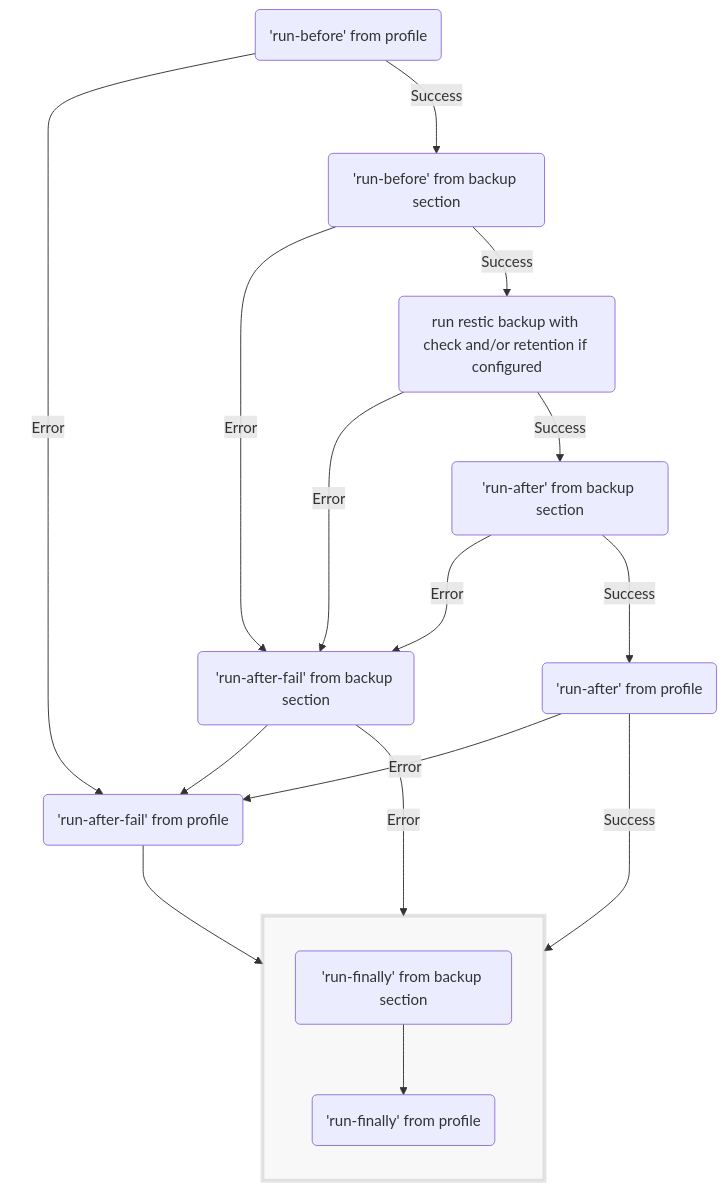
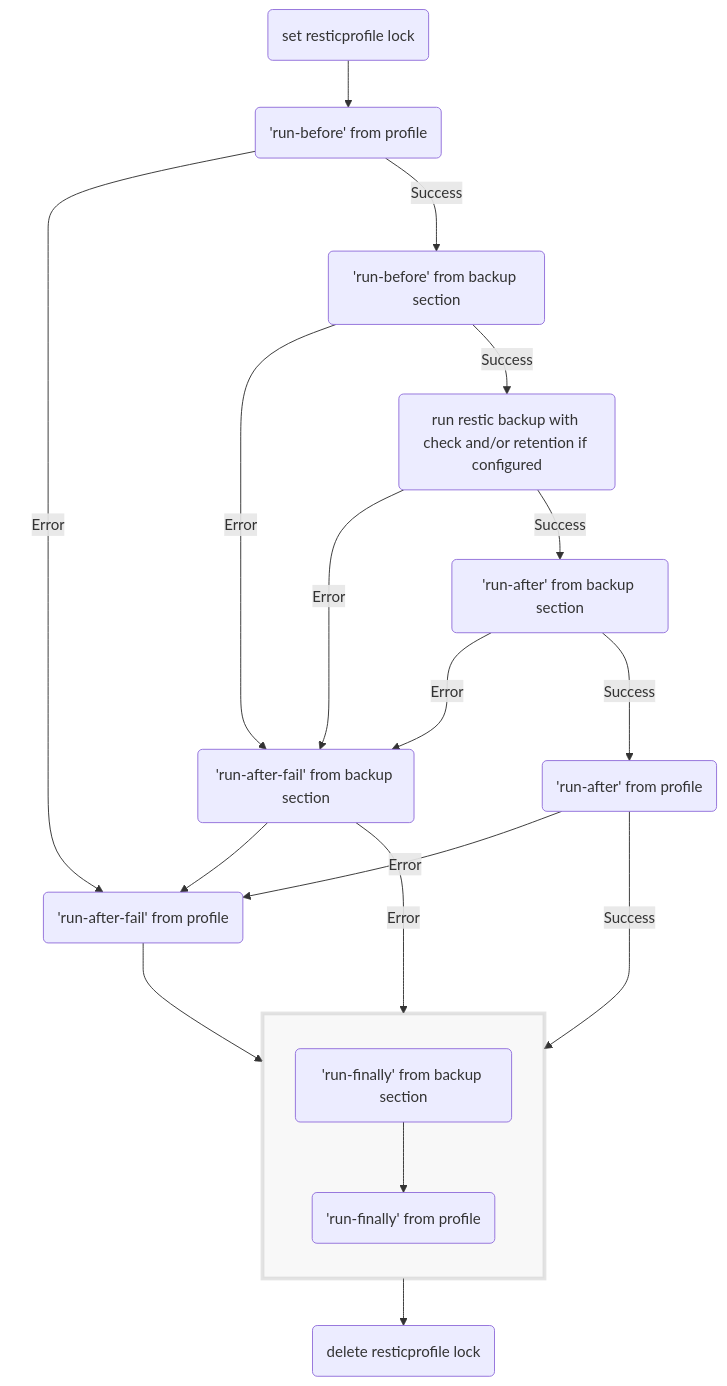
Before and after one commit to creativeprojects/resticprofile: the diagram in docs/content/configuration/run_hooks/index.md, drawn with Mermaid. The commit also changed other lines of this file and 39 other files, not shown here.

````diff
--- a/docs/content/configuration/run_hooks/index.md
+++ b/docs/content/configuration/run_hooks/index.md
@@ -153,46 +153,50 @@
 ```mermaid
 flowchart TB
+    LOCK(set resticprofile lock)
+    UNLOCK(delete resticprofile lock)
     PRB('run-before' from profile)
     PRA('run-after' from profile)
 
     subgraph Backup [ ]
         BRB('run-before' from backup section)
         BRA('run-after' from backup section)
         RUN(run restic backup with check and/or retention if configured)
     end
 
     subgraph Failure [ ]
         BFAIL('run-after-fail' from backup section)
         PFAIL('run-after-fail' from profile)
     end
 
     subgraph Finally [ ]
         direction TB
         BRF('run-finally' from backup section)
         PRF('run-finally' from profile)
         BRF --> PRF
     end
 
+    LOCK --> PRB
     PRB -->|Error| PFAIL
     PRB -->|Success| BRB
 
     BRB -->|Error| BFAIL
     BRB -->|Success| RUN
 
     RUN -->|Error| BFAIL
     RUN -->|Success| BRA
 
     BRA -->|Error| BFAIL
     BRA -->|Success| PRA
 
     BFAIL -->|Error| Finally
     BFAIL --> PFAIL
 
     PRA -->|Error| PFAIL
     PRA -->|Success| Finally
     PFAIL --> Finally
+    Finally --> UNLOCK
 
     style Backup fill:#9990,stroke:#9990
     style Failure fill:#9990,stroke:#9990
     style Finally fill:#9991,stroke:#9994,stroke-width:4px
 ```
````
